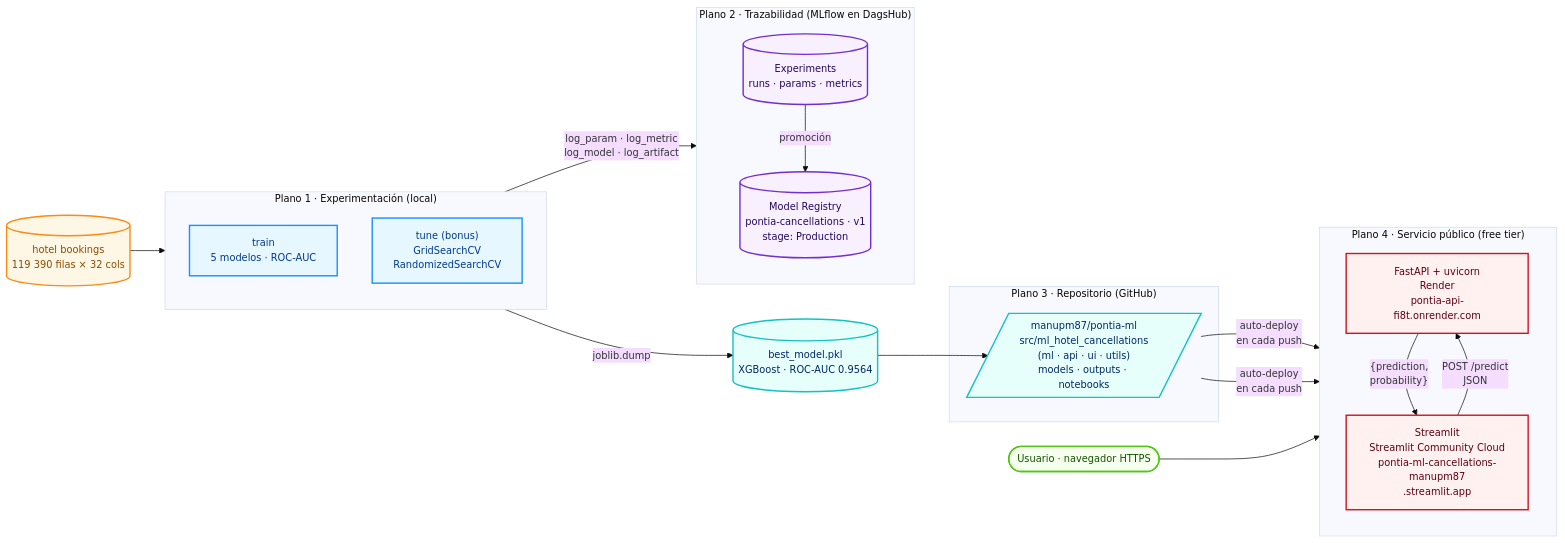
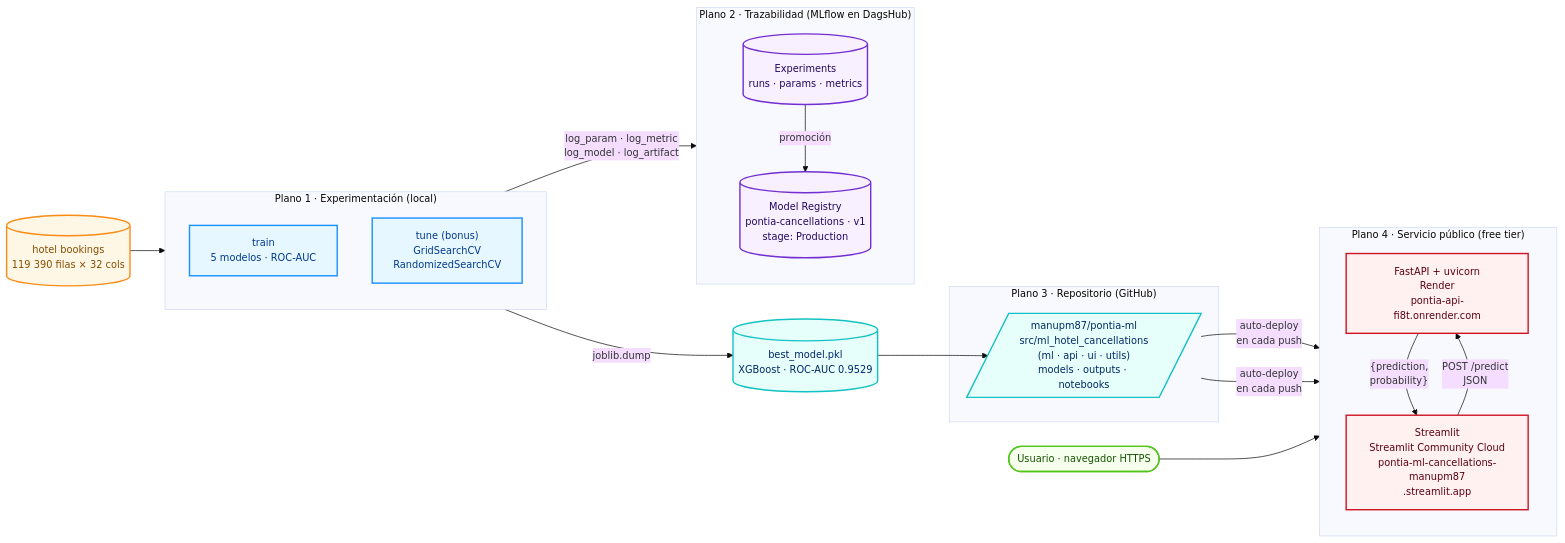
The first of 2 diagrams in docs/arquitectura.md (manupm87/pontia-ml), drawn with Mermaid before and after one commit. The commit also changed other lines of this file and 42 other files, not shown here.

````diff
--- a/docs/arquitectura.md
+++ b/docs/arquitectura.md
@@ -28,48 +28,48 @@
 ```mermaid
 %%{init: {'theme':'base','themeVariables':{'fontSize':'14px'}}}%%
 flowchart LR
     classDef data fill:#fff7e6,stroke:#fa8c16,color:#874d00,stroke-width:2px
     classDef train fill:#e6f7ff,stroke:#1890ff,color:#003a8c,stroke-width:2px
     classDef ml fill:#f9f0ff,stroke:#722ed1,color:#22075e,stroke-width:2px
     classDef artifact fill:#e6fffb,stroke:#13c2c2,color:#002766,stroke-width:2px
     classDef cloud fill:#fff1f0,stroke:#cf1322,color:#5c0011,stroke-width:2px
     classDef user fill:#f6ffed,stroke:#52c41a,color:#135200,stroke-width:2px
 
     DATA[("hotel bookings<br/>119 390 filas × 32 cols")]:::data
 
     subgraph PLANE1["Plano 1 · Experimentación (local)"]
         direction TB
         T1["train<br/>5 modelos · ROC-AUC"]:::train
         T2["tune (bonus)<br/>GridSearchCV<br/>RandomizedSearchCV"]:::train
     end
     DATA --> PLANE1
 
     subgraph PLANE2["Plano 2 · Trazabilidad (MLflow en DagsHub)"]
         direction TB
         EXP[("Experiments<br/>runs · params · metrics")]:::ml
         REG[("Model Registry<br/>pontia-cancellations · v1<br/>stage: Production")]:::ml
         EXP -- promoción --> REG
     end
     PLANE1 -- "log_param · log_metric<br/>log_model · log_artifact" --> EXP
 
-    PKL[("best_model.pkl<br/>XGBoost · ROC-AUC 0.9564")]:::artifact
+    PKL[("best_model.pkl<br/>XGBoost · ROC-AUC 0.9529")]:::artifact
     PLANE1 -- "joblib.dump" --> PKL
 
     subgraph PLANE3["Plano 3 · Repositorio (GitHub)"]
         REPO[/"manupm87/pontia-ml<br/>src/ml_hotel_cancellations<br/>(ml · api · ui · utils)<br/>models · outputs · notebooks"/]:::artifact
     end
     PKL --> REPO
 
     subgraph PLANE4["Plano 4 · Servicio público (free tier)"]
         direction TB
         API_NODE["FastAPI + uvicorn<br/>Render<br/>pontia-api-fi8t.onrender.com"]:::cloud
         UI_NODE["Streamlit<br/>Streamlit Community Cloud<br/>pontia-ml-cancellations-manupm87<br/>.streamlit.app"]:::cloud
     end
     REPO -- "auto-deploy<br/>en cada push" --> API_NODE
     REPO -- "auto-deploy<br/>en cada push" --> UI_NODE
 
     USER([Usuario · navegador HTTPS]):::user
     USER --> UI_NODE
     UI_NODE -- "POST /predict<br/>JSON" --> API_NODE
     API_NODE -- "{prediction,<br/>probability}" --> UI_NODE
 ```
````
